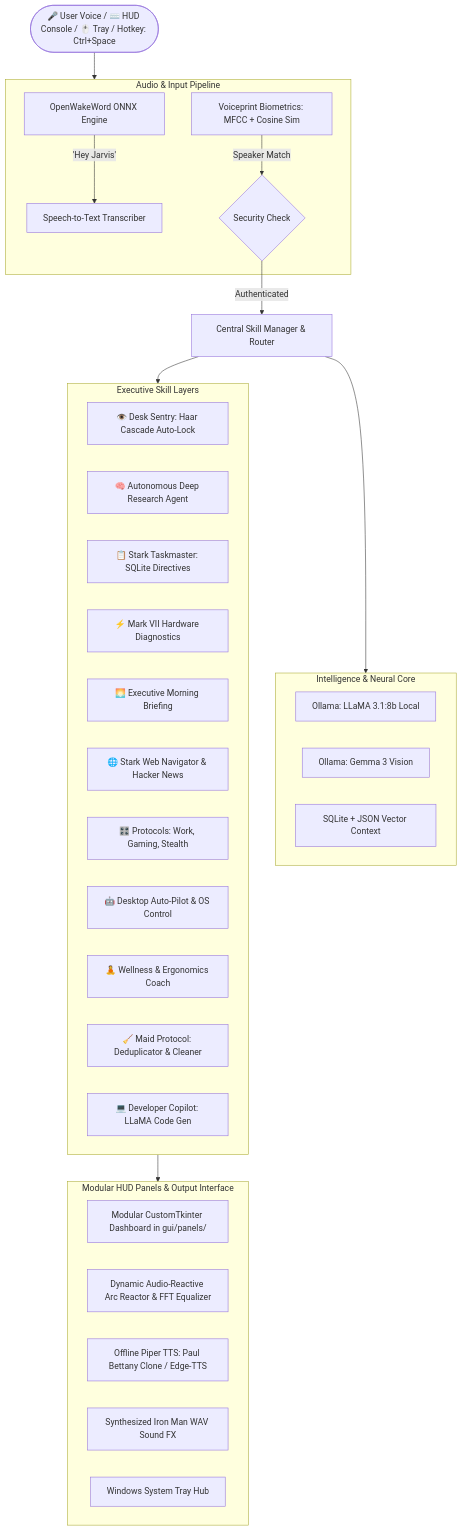
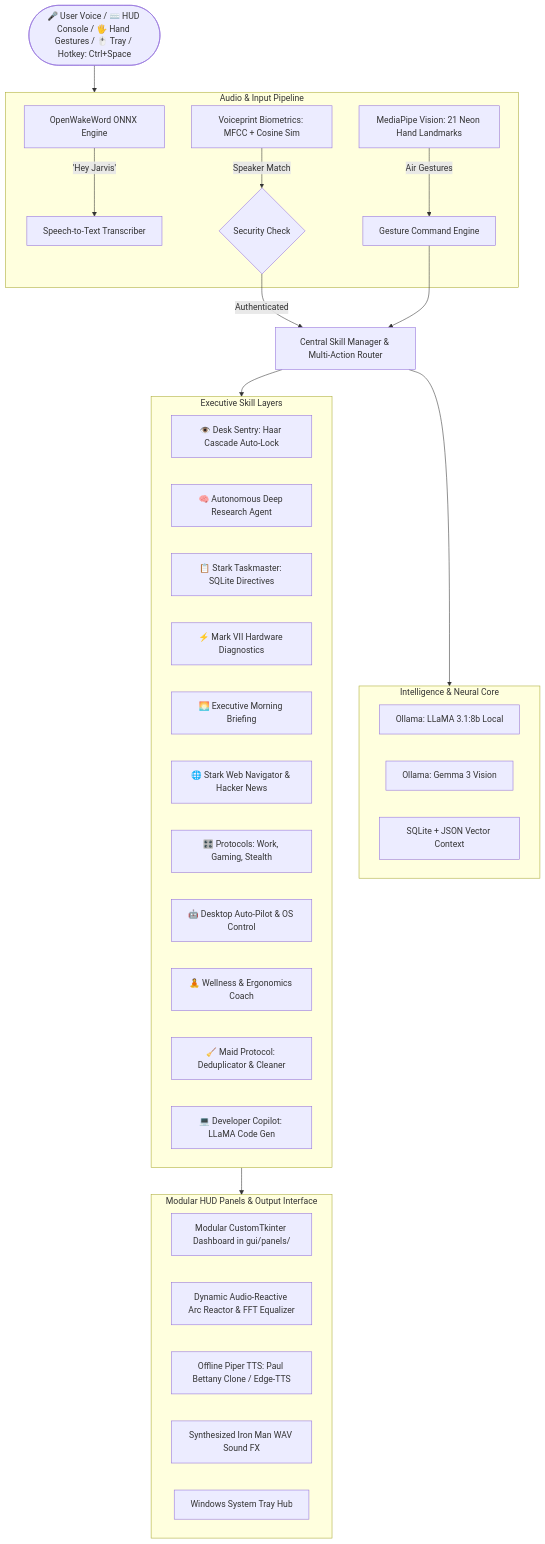
The diagram in README.md (Pothinasreeram/Jarvis), drawn with Mermaid before and after one commit. The commit also changed other lines of this file and 5 other files, not shown here.

Commit message:
feat(core): integrate multi-command pipeline, graceful lifecycle shutdown, structured logger, and updated README

````diff
--- a/README.md
+++ b/README.md
@@ -22,44 +22,46 @@
 ```mermaid
 graph TD
-    User([🎤 User Voice / ⌨️ HUD Console / 🖱️ Tray / Hotkey: Ctrl+Space]) --> AudioPipeline[Voice & Audio Pipeline]
+    User([🎤 User Voice / ⌨️ HUD Console / 🖐️ Hand Gestures / 🖱️ Tray / Hotkey: Ctrl+Space]) --> AudioPipeline[Voice & Input Pipeline]
     
     subgraph AudioPipeline [Audio & Input Pipeline]
         OWW[OpenWakeWord ONNX Engine] --> |'Hey Jarvis'| STT[Speech-to-Text Transcriber]
         VP[Voiceprint Biometrics: MFCC + Cosine Sim] --> |Speaker Match| Gatekeeper{Security Check}
+        Gestures[MediaPipe Vision: 21 Neon Hand Landmarks] --> |Air Gestures| GestureRouter[Gesture Command Engine]
     end
 
-    Gatekeeper --> |Authenticated| CoreRouter[Central Skill Manager & Router]
+    Gatekeeper --> |Authenticated| CoreRouter[Central Skill Manager & Multi-Action Router]
+    GestureRouter --> CoreRouter
 
     subgraph IntelligenceCore [Intelligence & Neural Core]
         LLM[Ollama: LLaMA 3.1:8b Local]
         VisionLLM[Ollama: Gemma 3 Vision]
         Memory[SQLite + JSON Vector Context]
     end
 
     CoreRouter --> IntelligenceCore
-    CoreRouter --> ExecutiveSkills[41 Modular Voice Skills]
+    CoreRouter --> ExecutiveSkills[42 Modular Voice Skills]
 
     subgraph ExecutiveSkills [Executive Skill Layers]
         Sentry[👁️ Desk Sentry: Haar Cascade Auto-Lock]
         Research[🧠 Autonomous Deep Research Agent]
         Taskmaster[📋 Stark Taskmaster: SQLite Directives]
         Diagnostics[⚡ Mark VII Hardware Diagnostics]
         Briefing[🌅 Executive Morning Briefing]
         WebNav[🌐 Stark Web Navigator & Hacker News]
         Protocols[🎛️ Protocols: Work, Gaming, Stealth]
         AutoPilot[🤖 Desktop Auto-Pilot & OS Control]
         Wellness[🧘 Wellness & Ergonomics Coach]
         Maid[🧹 Maid Protocol: Deduplicator & Cleaner]
         CodingCopilot[💻 Developer Copilot: LLaMA Code Gen]
     end
 
     ExecutiveSkills --> FeedbackLoop[HUD Telemetry & Audio Dispatch]
     
     subgraph FeedbackLoop [Modular HUD Panels & Output Interface]
         HUD[Modular CustomTkinter Dashboard in gui/panels/]
         ArcReactor[Dynamic Audio-Reactive Arc Reactor & FFT Equalizer]
         PiperTTS[Offline Piper TTS: Paul Bettany Clone / Edge-TTS]
         SoundFX[Synthesized Iron Man WAV Sound FX]
         Tray[Windows System Tray Hub]
     end
 ```
````
